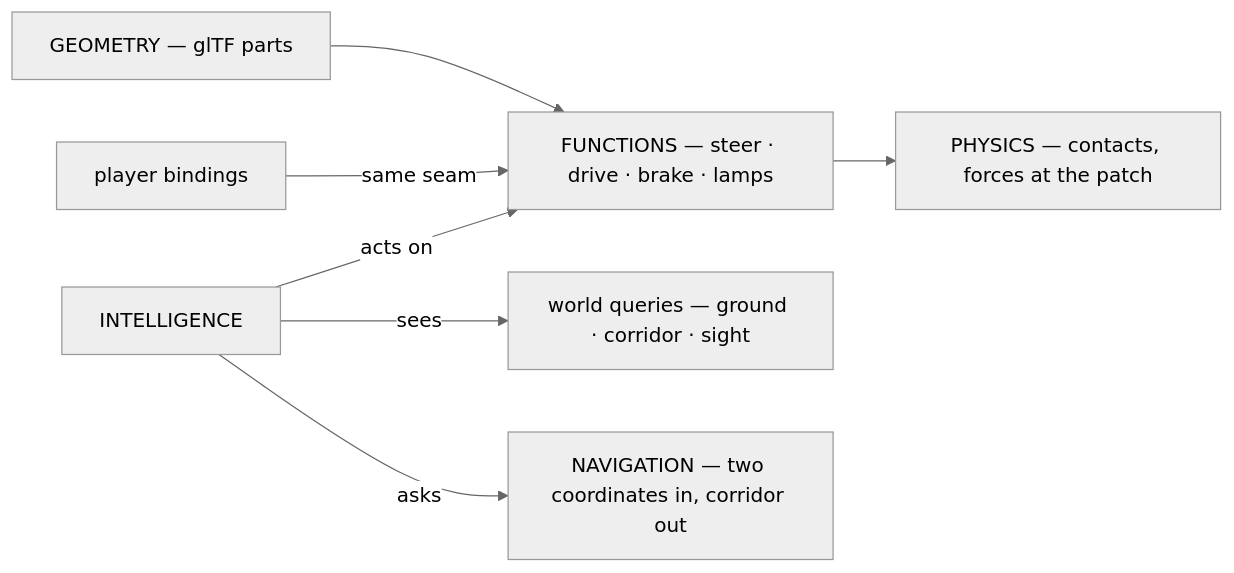
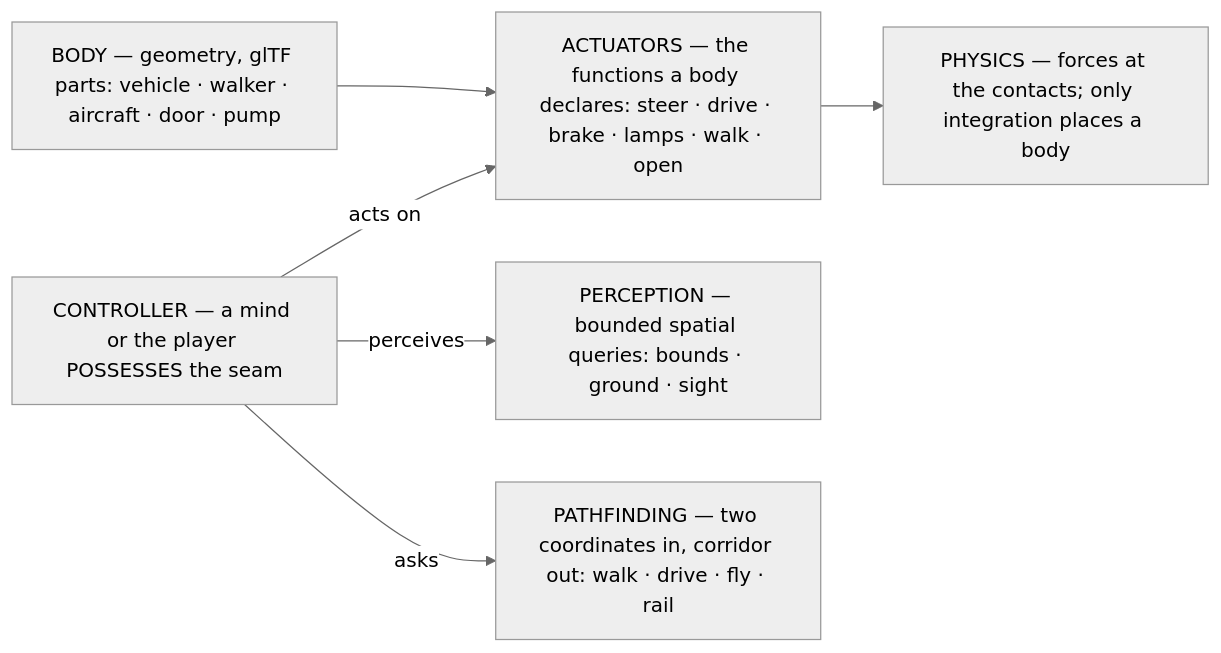
One commit to Weichwolf/outshine changed the second of 8 diagrams in CLAUDE.md. Above: the diagram before and after it, drawn with Mermaid (neutral theme). The commit also changed other lines of this file, not shown here.

Commit message:
board:1581 the actor chain is general: bodies, actuators, possession, perception as bounded query, pathfinding as a tool
The SOLL no longer speaks car: everything that moves -- with or without a mind -- is a body
whose declared actuators one controller possesses (mind or player, Unreal's Pawn/Controller
possession as the reference); perception is spatial query over bounds; navigation is one
pathfinding service with modes, handed as a tool.

````diff
--- a/CLAUDE.md
+++ b/CLAUDE.md
@@ -49,9 +49,9 @@
 ```mermaid
 flowchart LR
-  G["GEOMETRY — glTF parts"] --> F["FUNCTIONS — steer · drive · brake · lamps"]
-  F --> P["PHYSICS — contacts, forces at the patch"]
-  M["INTELLIGENCE"] -->|acts on| F
-  M -->|sees| W["world queries — ground · corridor · sight"]
-  M -->|asks| N["NAVIGATION — two coordinates in, corridor out"]
-  PLAYER["player bindings"] -->|same seam| F
+  B["BODY — geometry, glTF parts: vehicle · walker · aircraft · door · pump"]
+  B --> A["ACTUATORS — the functions a body declares: steer · drive · brake · lamps · walk · open"]
+  A --> P["PHYSICS — forces at the contacts; only integration places a body"]
+  C["CONTROLLER — a mind or the player POSSESSES the seam"] -->|acts on| A
+  C -->|perceives| Q["PERCEPTION — bounded spatial queries: bounds · ground · sight"]
+  C -->|asks| N["PATHFINDING — two coordinates in, corridor out: walk · drive · fly · rail"]
 ```
````
